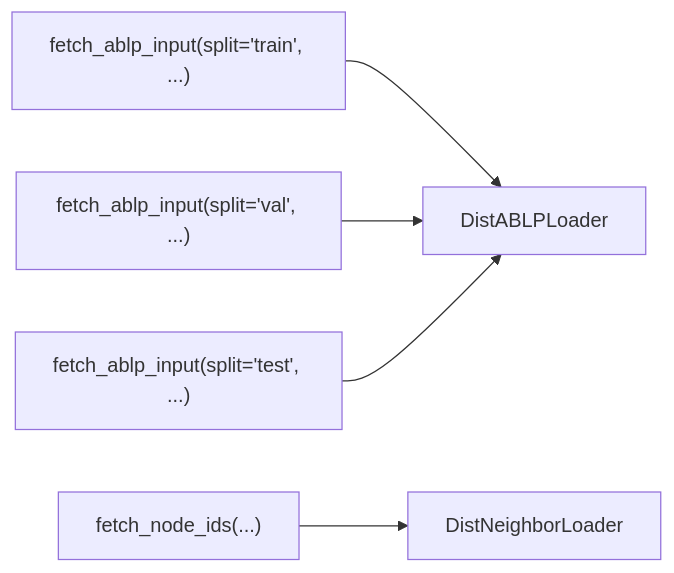
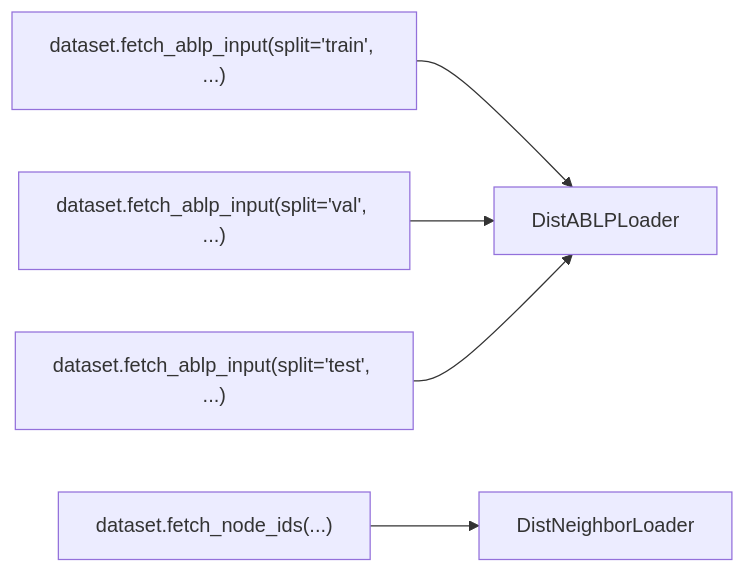
Before and after one commit to Snapchat/GiGL: the sixth of 10 diagrams in docs/user_guide/overview/graph_store_conversion.md, drawn with Mermaid.

````diff
--- a/docs/user_guide/overview/graph_store_conversion.md
+++ b/docs/user_guide/overview/graph_store_conversion.md
@@ -140,7 +140,7 @@
 ```mermaid
 flowchart LR
-    fetchTrain["fetch_ablp_input(split='train', ...)"] --> remoteAblp["DistABLPLoader"]
-    fetchVal["fetch_ablp_input(split='val', ...)"] --> remoteAblp
-    fetchTest["fetch_ablp_input(split='test', ...)"] --> remoteAblp
-    fetchNodes["fetch_node_ids(...)"] --> remoteNeighbor["DistNeighborLoader"]
+    fetchTrain["dataset.fetch_ablp_input(split='train', ...)"] --> remoteAblp["DistABLPLoader"]
+    fetchVal["dataset.fetch_ablp_input(split='val', ...)"] --> remoteAblp
+    fetchTest["dataset.fetch_ablp_input(split='test', ...)"] --> remoteAblp
+    fetchNodes["dataset.fetch_node_ids(...)"] --> remoteNeighbor["DistNeighborLoader"]
 ```
````
